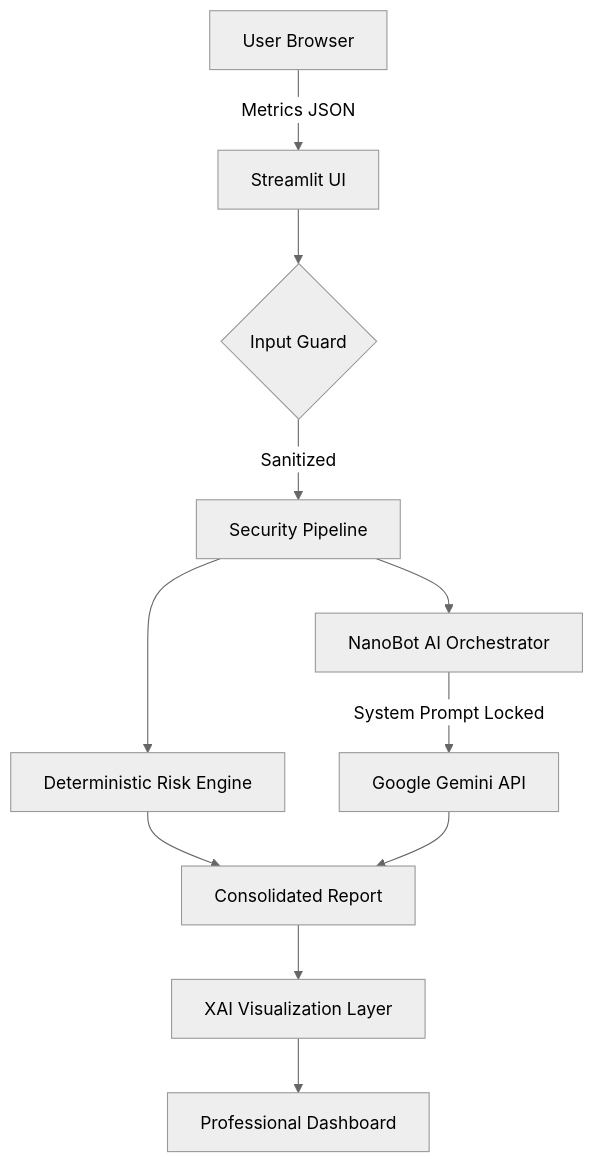
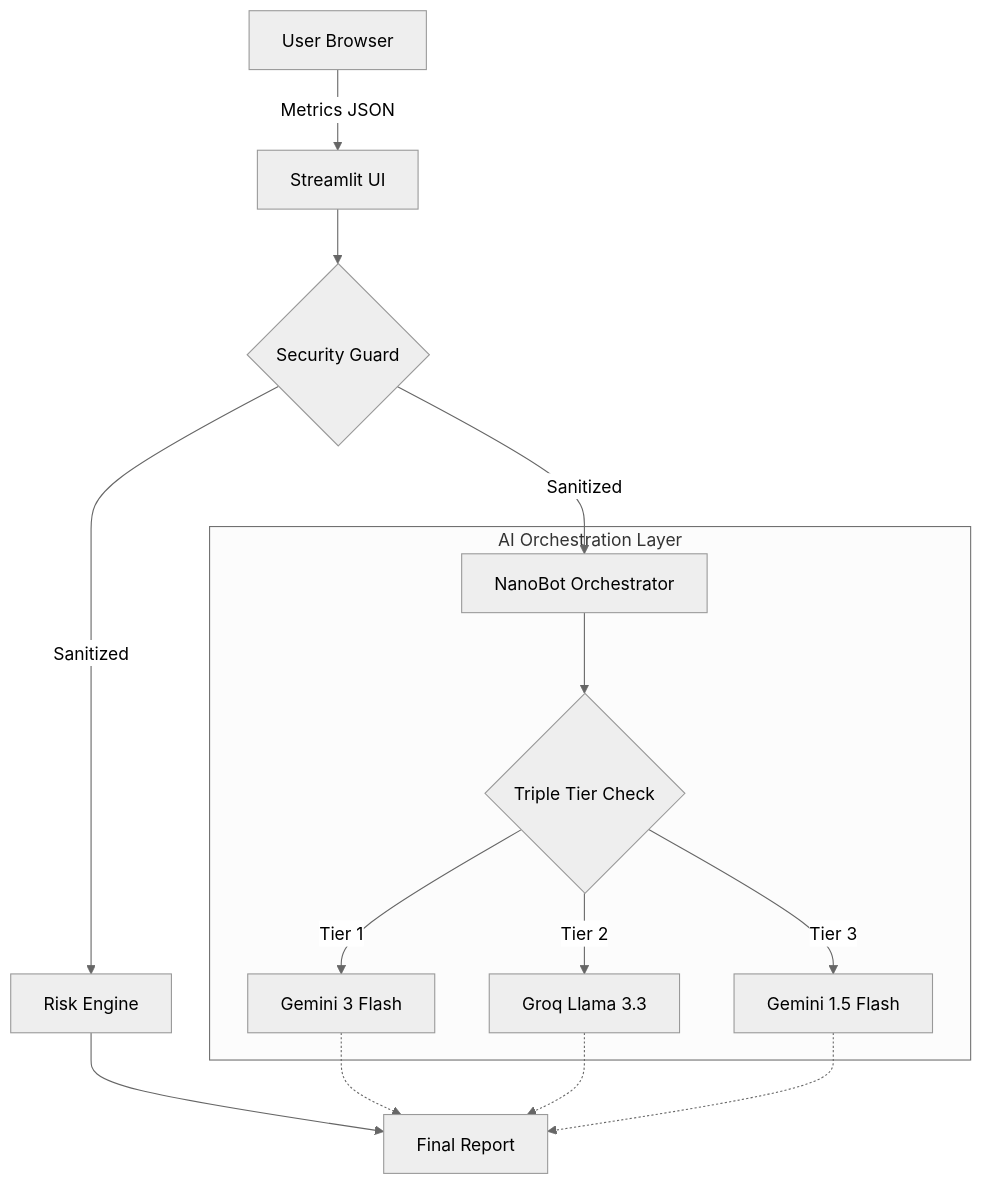
The diagram in README.md (brahulvenkatesh-code/Project), drawn with Mermaid (neutral theme) before and after one commit. The commit also changed other lines of this file, not shown here.

Commit message:
docs: modernize README with Railway and Triple-Tier Fallback details

````diff
--- a/README.md
+++ b/README.md
@@ -70,13 +33,19 @@
 ```mermaid
 graph TD
     A[User Browser] -->|Metrics JSON| B[Streamlit UI]
-    B --> C{Input Guard}
-    C -->|Sanitized| D[Security Pipeline]
-    D --> E[Deterministic Risk Engine]
-    D --> F[NanoBot AI Orchestrator]
-    F -->|System Prompt Locked| G[Google Gemini API]
-    E --> H[Consolidated Report]
-    G --> H
-    H --> I[XAI Visualization Layer]
-    I --> J[Professional Dashboard]
+    B --> C{Security Guard}
+    C -->|Sanitized| D[Risk Engine]
+    C -->|Sanitized| E[NanoBot Orchestrator]
+    
+    subgraph AI Orchestration Layer
+    E --> F{Triple Tier Check}
+    F -->|Tier 1| G[Gemini 3 Flash]
+    F -->|Tier 2| H[Groq Llama 3.3]
+    F -->|Tier 3| I[Gemini 1.5 Flash]
+    end
+    
+    D --> J[Final Report]
+    G -.-> J
+    H -.-> J
+    I -.-> J
 ```
````
